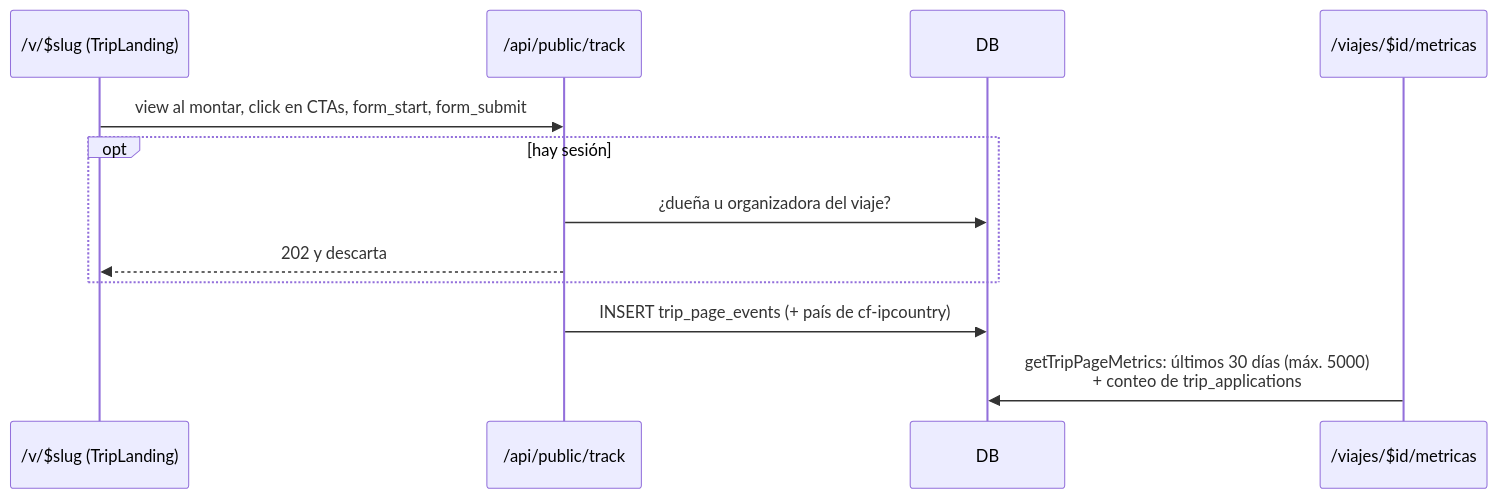
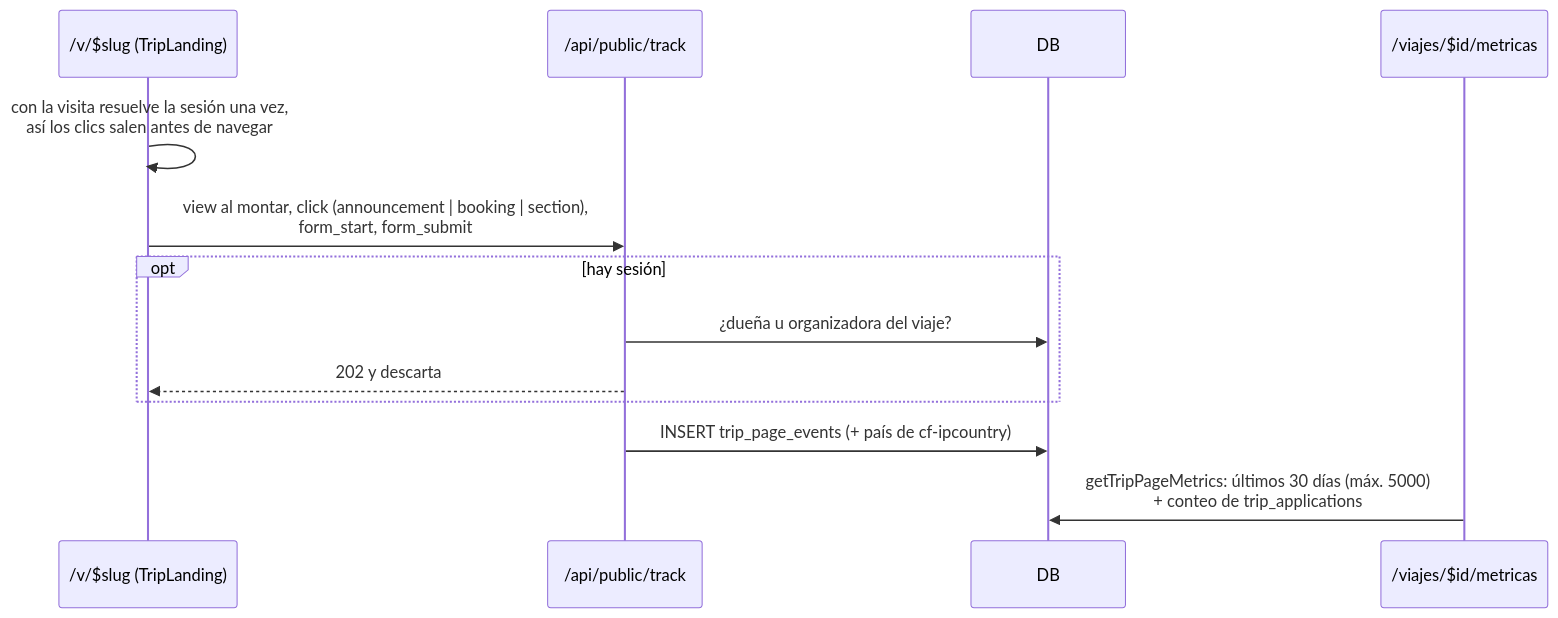
One commit to gaby26203/planeii changed diagram 20 of 20 in docs/flujos.md. Above: the diagram before and after it, drawn with Mermaid. The commit also changed other lines of this file and 9 other files, not shown here.

````diff
--- a/docs/flujos.md
+++ b/docs/flujos.md
@@ -492,14 +492,15 @@
 ```mermaid
 sequenceDiagram
   participant P as /v/$slug (TripLanding)
   participant T as /api/public/track
   participant DB
   participant M as /viajes/$id/metricas
-  P->>T: view al montar, click en CTAs, form_start, form_submit
+  P->>P: con la visita resuelve la sesión una vez,<br/>así los clics salen antes de navegar
+  P->>T: view al montar, click (announcement | booking | section),<br/>form_start, form_submit
   opt hay sesión
     T->>DB: ¿dueña u organizadora del viaje?
     T-->>P: 202 y descarta
   end
   T->>DB: INSERT trip_page_events (+ país de cf-ipcountry)
   M->>DB: getTripPageMetrics: últimos 30 días (máx. 5000)<br/>+ conteo de trip_applications
 ```
````
